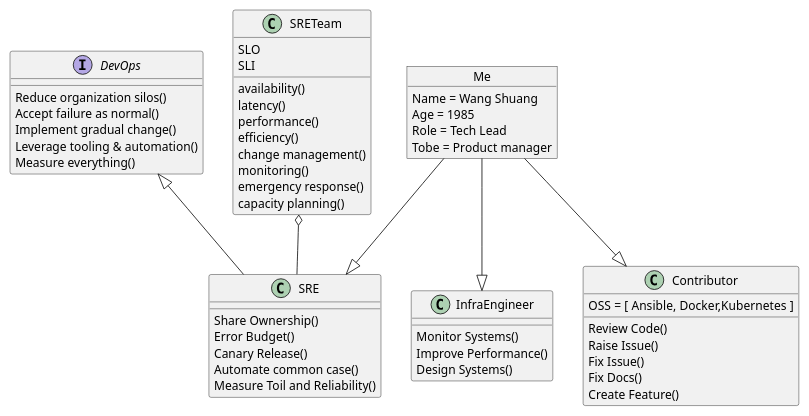
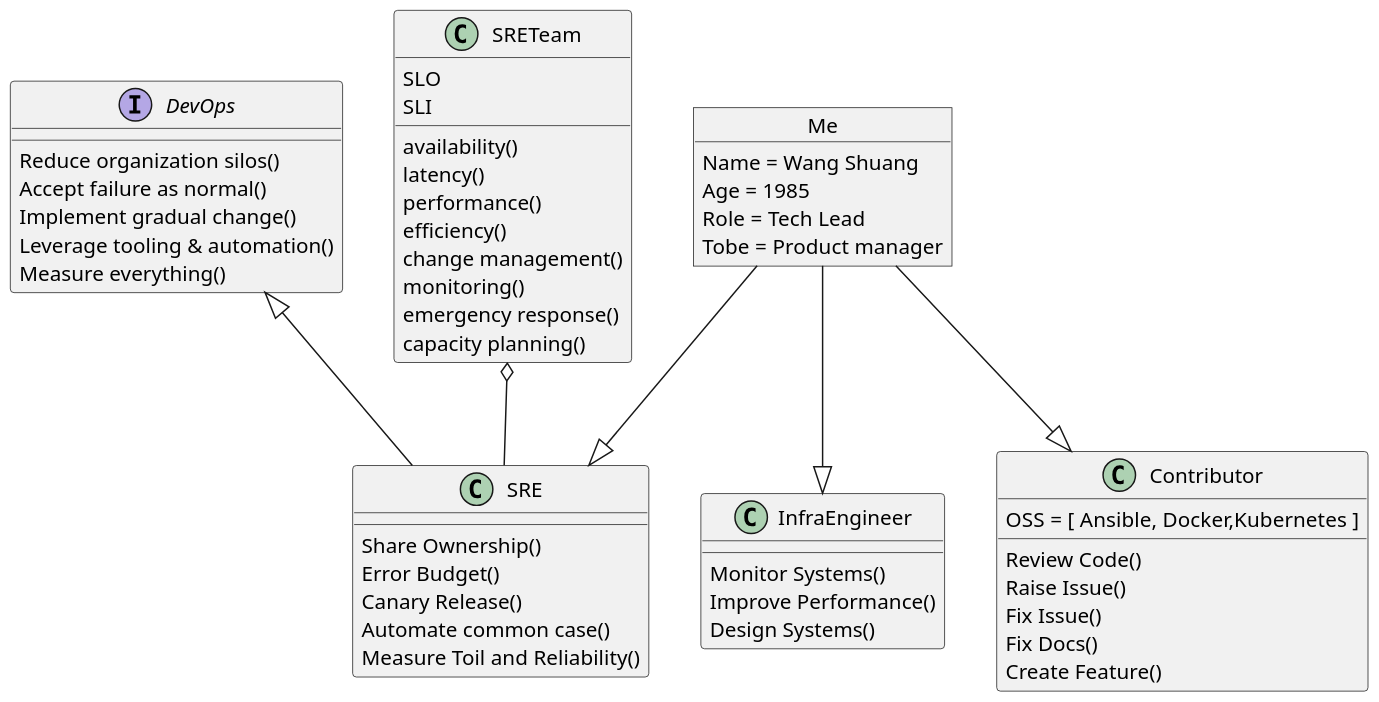
One commit to ptux/mashtun changed the diagram in docs/plantumls/me.md. Above: the diagram before and after it, drawn with PlantUML. The commit also changed 5 other files, not shown here.

````diff
--- a/docs/plantumls/me.md
+++ b/docs/plantumls/me.md
@@ -1,64 +1,65 @@
 ```plantuml
 @startuml
 scale 800 width
+scale 700 height
 
 interface DevOps{
     Reduce organization silos()
     Accept failure as normal()
     Implement gradual change()
     Leverage tooling & automation()
     Measure everything()
 }
 
 class SRE{
     Share Ownership()
     Error Budget()
     Canary Release()
     Automate common case()
     Measure Toil and Reliability()
 }
 
 Class InfraEngineer{
     Monitor Systems()
     Improve Performance()
     Design Systems()
 }
 
 Class Contributor{
     OSS = [ Ansible, Docker,Kubernetes ]
     Review Code()
     Raise Issue()
     Fix Issue()
     Fix Docs()
     Create Feature()
 }
 
 class SRETeam{
     SLO
     SLI
     availability()
     latency()
     performance()
     efficiency()
     change management()
     monitoring()
     emergency response()
     capacity planning()
 }
 
 object Me
 Me : Name = Wang Shuang
 Me : Age = 1985
 Me : Role = Tech Lead
 Me : Tobe = Product manager
 
 
 DevOps <|-- SRE
 SRETeam o-- SRE
 
 Me --|> Contributor
 Me --|> SRE
 Me --|> InfraEngineer
 
 @enduml
 ```
````
